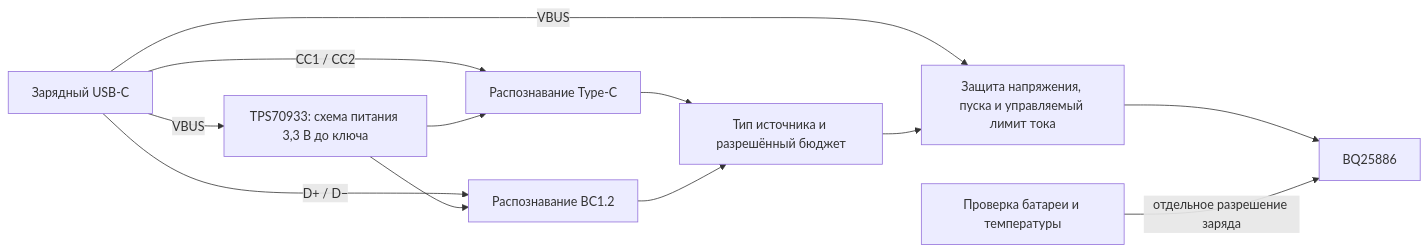
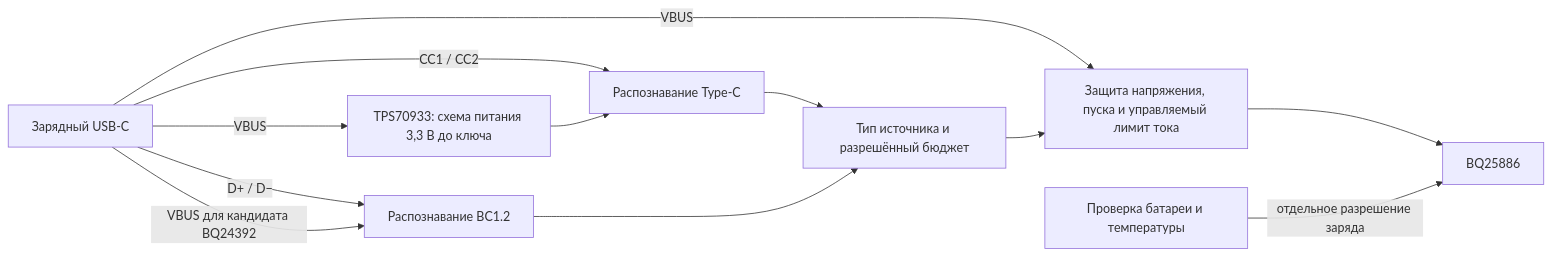
One commit to BlowYourBrain/RaceRemote changed the diagram in docs/usb-source-qualification.md. Above: the diagram before and after it, drawn with Mermaid. The commit also changed other lines of this file and 17 other files, not shown here.

````diff
--- a/docs/usb-source-qualification.md
+++ b/docs/usb-source-qualification.md
@@ -31,14 +31,14 @@
 ```mermaid
 flowchart LR
     PORT[Зарядный USB-C] -->|CC1 / CC2| CC[Распознавание Type-C]
     PORT -->|D+ / D−| BC[Распознавание BC1.2]
     PORT -->|VBUS| AUX[TPS70933: схема питания 3,3 В до ключа]
     AUX --> CC
-    AUX --> BC
+    PORT -->|VBUS для кандидата BQ24392| BC
     CC --> PERMIT[Тип источника и разрешённый бюджет]
     BC --> PERMIT
     PORT -->|VBUS| GATE[Защита напряжения, пуска и управляемый лимит тока]
     PERMIT --> GATE
     GATE --> CORE[BQ25886]
     CELLS[Проверка батареи и температуры] -->|отдельное разрешение заряда| CORE
 ```
````
